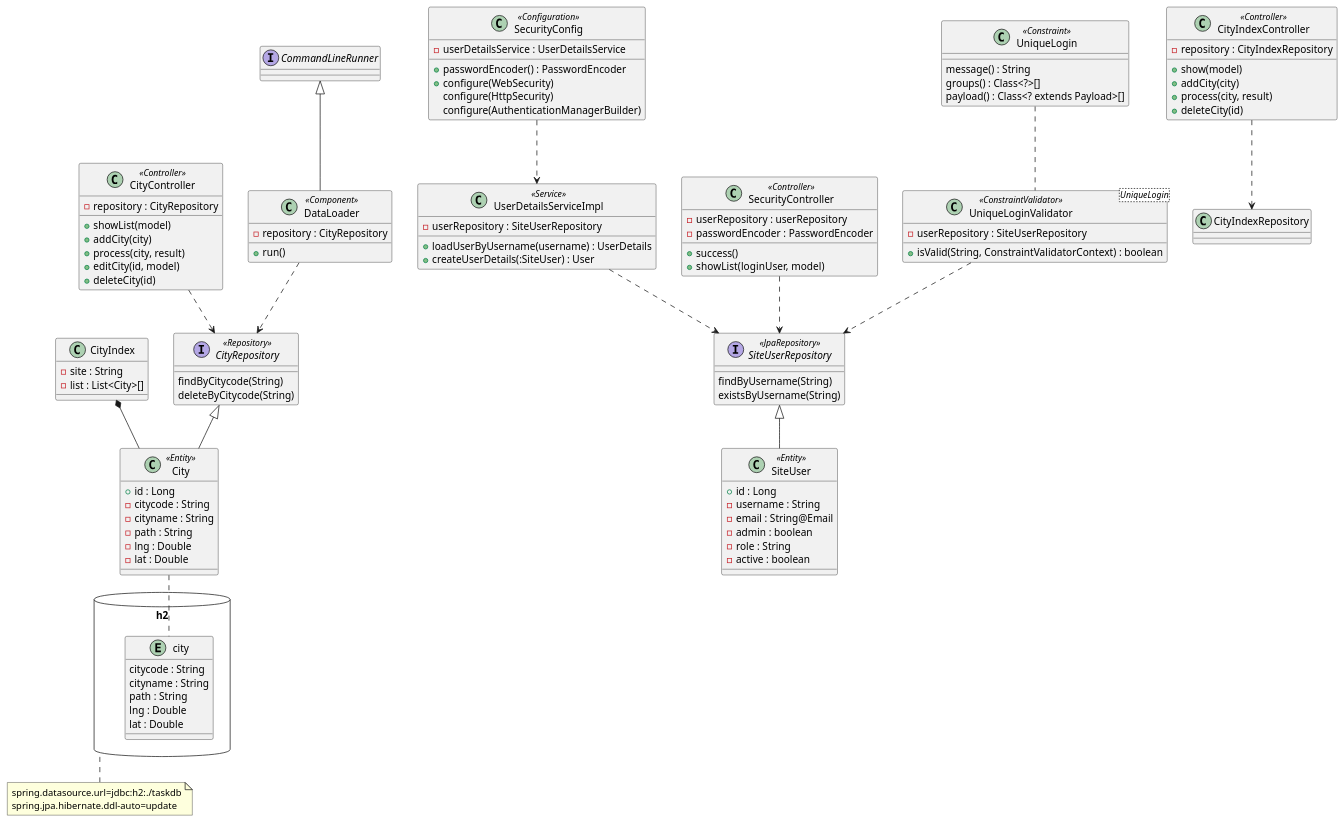
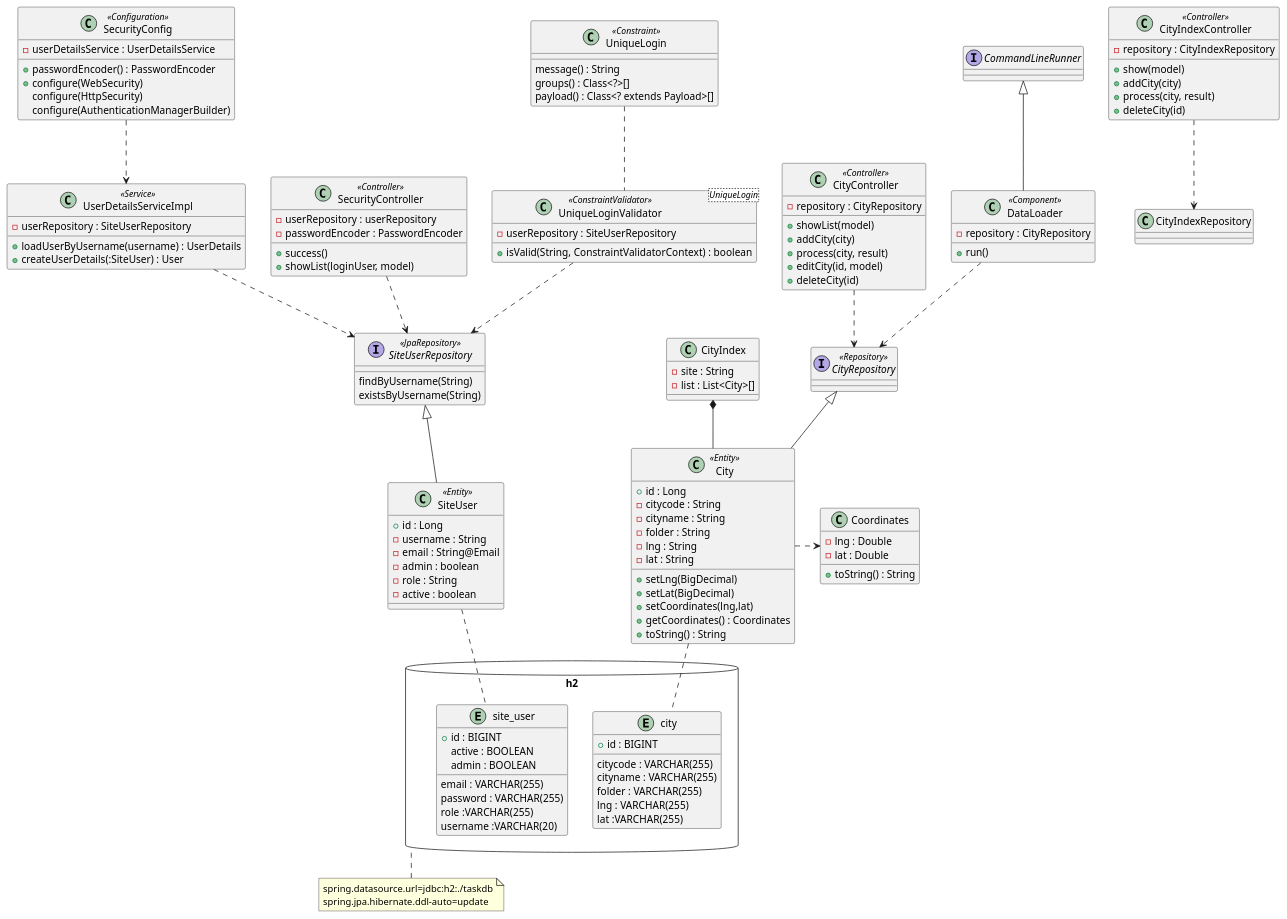
The diagram in class.pu (yuuhayashi/task-bldg), drawn with PlantUML before and after one commit. The commit also changed 6 other files, not shown here.

```diff
--- a/class.pu
+++ b/class.pu
@@ -1,117 +1,138 @@
 @startuml
 
 database "h2" as db {
 	entity city {
-		citycode : String
-		cityname : String
-		path : String
-		lng : Double
-		lat : Double
+		+ id : BIGINT
+		citycode : VARCHAR(255)
+		cityname : VARCHAR(255)
+		folder : VARCHAR(255)
+		lng : VARCHAR(255)
+		lat :VARCHAR(255)
+	}
+	entity site_user {
+		+ id : BIGINT
+		active : BOOLEAN
+		admin : BOOLEAN
+		email : VARCHAR(255)
+		password : VARCHAR(255)
+		role :VARCHAR(255)
+		username :VARCHAR(20)
 	}
 }
 note bottom of db : spring.datasource.url=jdbc:h2:./taskdb\nspring.jpa.hibernate.ddl-auto=update
 
 class SecurityConfig <<Configuration>> {
 	- userDetailsService : UserDetailsService
 	+ passwordEncoder() : PasswordEncoder
 	+ configure(WebSecurity)
 	configure(HttpSecurity)
 	configure(AuthenticationManagerBuilder)
 }
 
 class UserDetailsServiceImpl <<Service>> {
   - userRepository : SiteUserRepository
   + loadUserByUsername(username) : UserDetails
   + createUserDetails(:SiteUser) : User
 }
 
 class SecurityController <<Controller>> {
   - userRepository : userRepository
   - passwordEncoder : PasswordEncoder
   + success()
   + showList(loginUser, model)
 }
 
 class SiteUser <<Entity>> {
   + id : Long
   - username : String
   - email : String@Email
   - admin : boolean
   - role : String
   - active : boolean
 }
+SiteUser .. site_user
 
 class UniqueLoginValidator<UniqueLogin> <<ConstraintValidator>> {
   - userRepository : SiteUserRepository
   + isValid(String, ConstraintValidatorContext) : boolean
 }
 
 class UniqueLogin <<Constraint>> {
   message() : String
   groups() : Class<?>[]
   payload() : Class<? extends Payload>[]
 }
 
 interface SiteUserRepository <<JpaRepository>> {
 	findByUsername(String)
 	existsByUsername(String)
 }
 SecurityConfig ..> UserDetailsServiceImpl
 UserDetailsServiceImpl ..> SiteUserRepository
 SecurityController ..> SiteUserRepository
 UniqueLoginValidator ..> SiteUserRepository
 UniqueLogin .. UniqueLoginValidator
 SiteUserRepository <|-- SiteUser
 
 class City <<Entity>> {
   + id : Long
   - citycode : String
   - cityname : String
-  - path : String
+  - folder : String
+  - lng : String
+  - lat : String
+  + setLng(BigDecimal)
+  + setLat(BigDecimal)
+  + setCoordinates(lng,lat)
+  + getCoordinates() : Coordinates
+  + toString() : String
+}
+City .. city
+
+class Coordinates {
   - lng : Double
   - lat : Double
+  + toString() : String
 }
-City .. city
+City .> Coordinates
 
 class CityIndex {
 	- site : String
 	- list : List<City>[]
 }
 CityIndex *-- City
 
 interface CityRepository <<Repository>> {
-	findByCitycode(String)
-	deleteByCitycode(String)
 }
 CityRepository <|-- City
 
 class CityController <<Controller>> {
   - repository : CityRepository
   + showList(model)
   + addCity(city)
   + process(city, result)
   + editCity(id, model)
   + deleteCity(id)
 }
 CityController ..> CityRepository
 
 class CityIndexController <<Controller>> {
   - repository : CityIndexRepository
   + show(model)
   + addCity(city)
   + process(city, result)
   + deleteCity(id)
 }
 CityIndexController ..> CityIndexRepository
 
 interface CommandLineRunner
 
 class DataLoader <<Component>> {
   - repository : CityRepository
   + run()
 }
 DataLoader ..> CityRepository
 
 CommandLineRunner <|-- DataLoader
 
 @enduml
```
